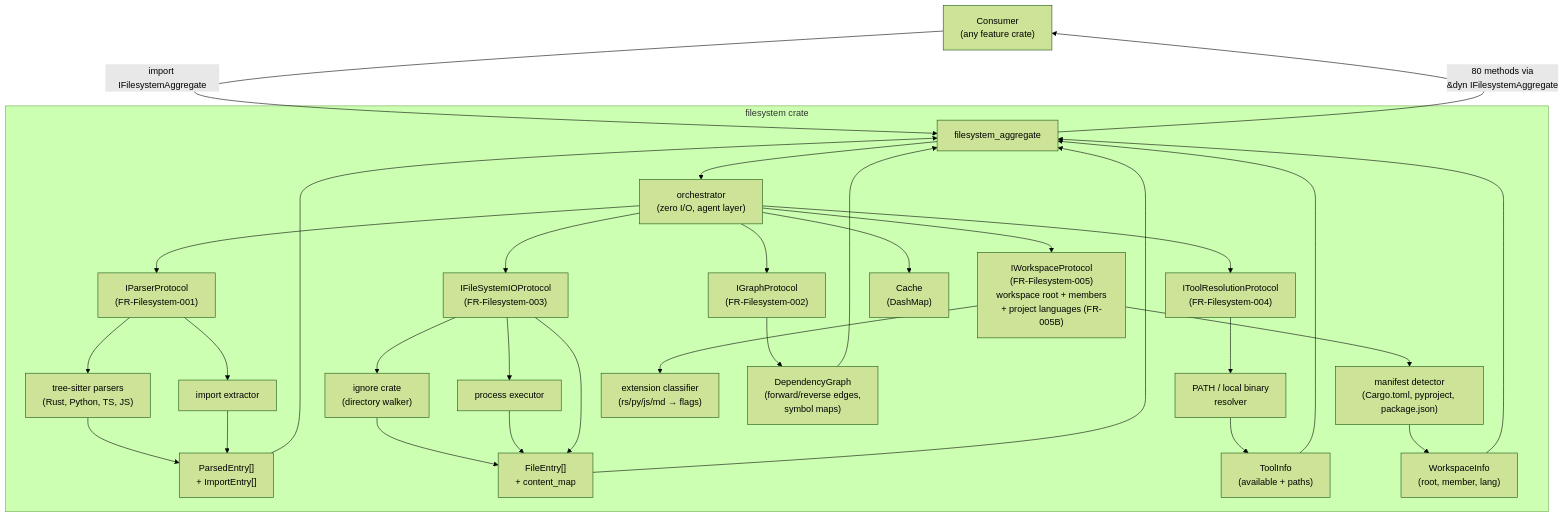
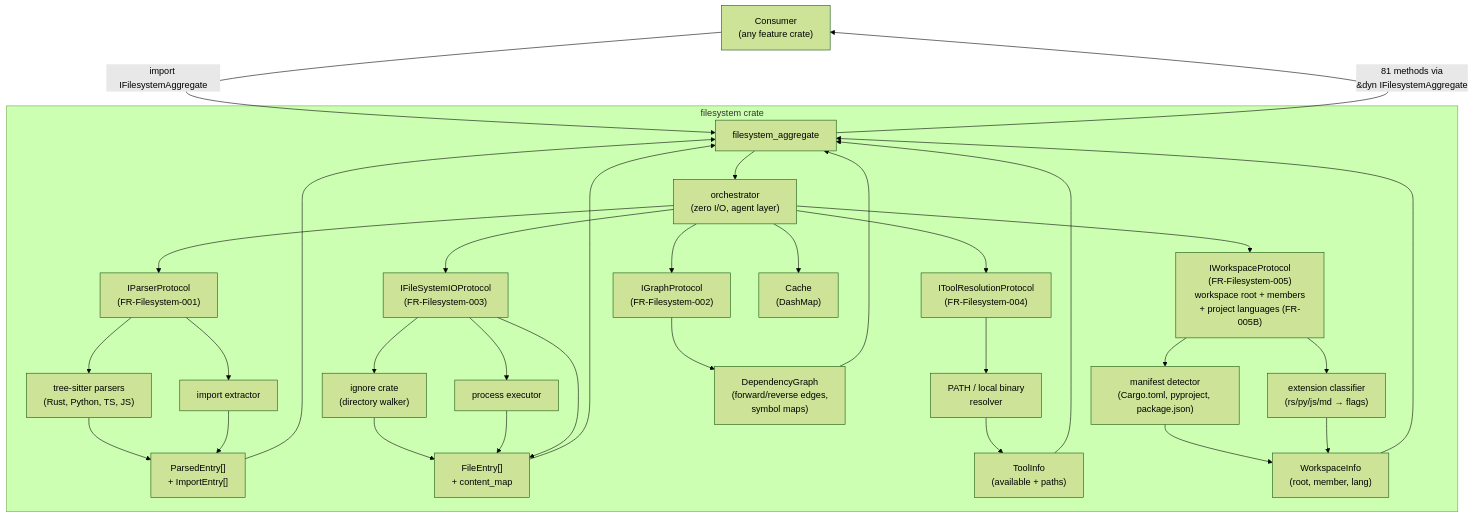
One commit to rakaarwaky/lint-arwaky changed the diagram in crates/filesystem/FRD.md. Above: the diagram before and after it, drawn with Mermaid (forest theme). The commit also changed other lines of this file and 5 other files, not shown here.

````diff
--- a/crates/filesystem/FRD.md
+++ b/crates/filesystem/FRD.md
@@ -17,39 +17,40 @@
 ```mermaid
 flowchart TD
     A["Consumer\n(any feature crate)"] -->|"import IFilesystemAggregate"| D["filesystem_aggregate"]
 
     subgraph FS ["filesystem crate"]
         D --> O["orchestrator\n(zero I/O, agent layer)"]
         O --> P1["IParserProtocol\n(FR-Filesystem-001)"]
         O --> P2["IGraphProtocol\n(FR-Filesystem-002)"]
         O --> P3["IFileSystemIOProtocol\n(FR-Filesystem-003)"]
         O --> P4["IToolResolutionProtocol\n(FR-Filesystem-004)"]
         O --> P5["IWorkspaceProtocol\n(FR-Filesystem-005)\nworkspace root + members\n+ project languages (FR-005B)"]
         O --> C["Cache\n(DashMap)"]
 
         P1 --> T1["tree-sitter parsers\n(Rust, Python, TS, JS)"]
         P1 --> T2["import extractor"]
         P3 --> T3["ignore crate\n(directory walker)"]
         P3 --> T4["process executor"]
         P4 --> T5["PATH / local binary\nresolver"]
         P5 --> T6["manifest detector\n(Cargo.toml, pyproject, package.json)"]
         P5 --> T7["extension classifier\n(rs/py/js/md → flags)"]
 
         T1 --> R1["ParsedEntry[]\n+ ImportEntry[]"]
         T2 --> R1
         P2 --> R2["DependencyGraph\n(forward/reverse edges,\nsymbol maps)"]
         T3 --> R3["FileEntry[]\n+ content_map"]
         T4 --> R3
         P3 --> R3
         T5 --> R4["ToolInfo\n(available + paths)"]
         T6 --> R5["WorkspaceInfo\n(root, member, lang)"]
+        T7 --> R5
     end
 
     R1 --> D
     R2 --> D
     R3 --> D
     R4 --> D
     R5 --> D
-    D -->|"80 methods via\n&dyn IFilesystemAggregate"| A
+    D -->|"81 methods via\n&dyn IFilesystemAggregate"| A
 
 ```
````
